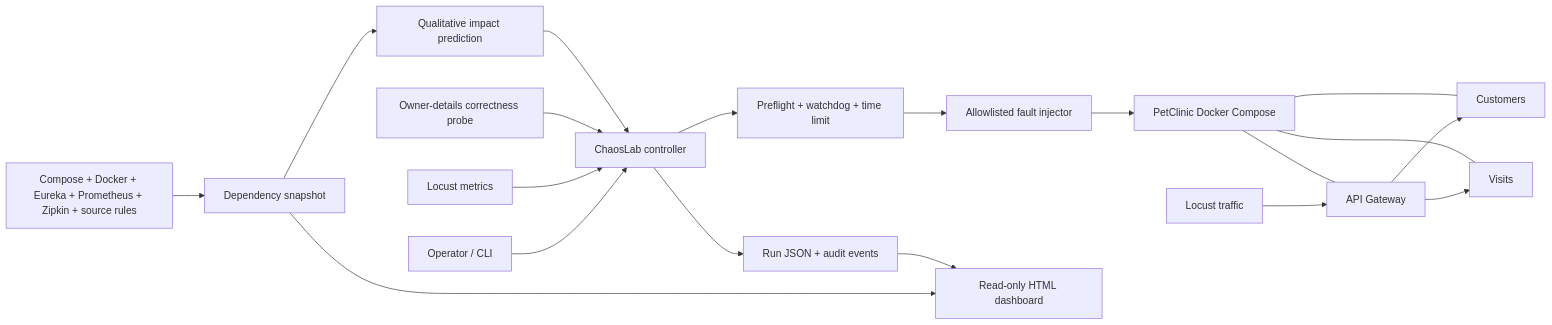
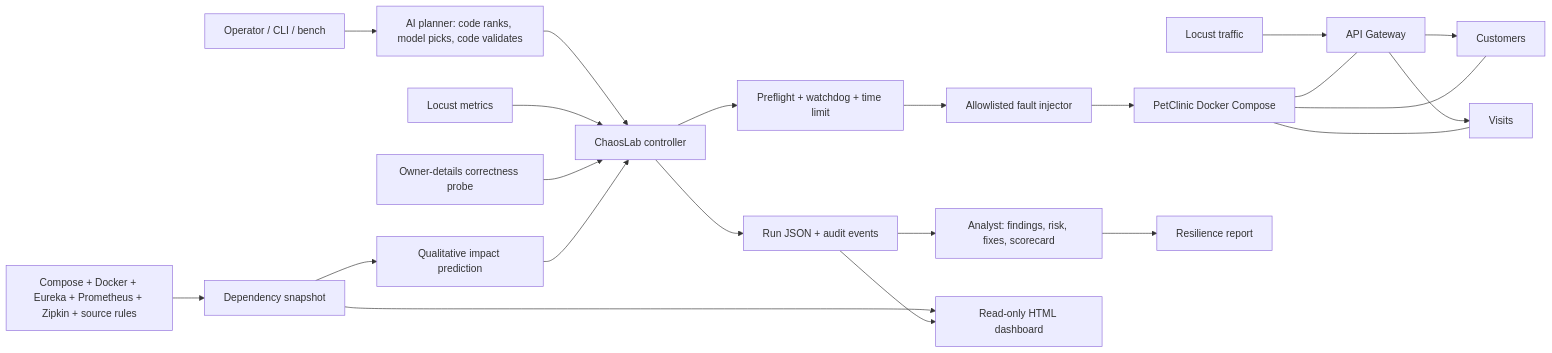
The diagram in docs/architecture.md (manan28025/chaoslab-petclinic), drawn with Mermaid before and after one commit. The commit also changed other lines of this file and 10 other files, not shown here.

First line of the commit message:
added: AI planner, analyst, campaigns and the resilience report

````diff
--- a/docs/architecture.md
+++ b/docs/architecture.md
@@ -5,21 +5,24 @@
 ```mermaid
 flowchart LR
-  Operator[Operator / CLI] --> Controller[ChaosLab controller]
+  Operator[Operator / CLI / bench] --> Planner[AI planner: code ranks, model picks, code validates]
+  Planner --> Controller[ChaosLab controller]
   Controller --> Safety[Preflight + watchdog + time limit]
   Safety --> Injector[Allowlisted fault injector]
   Injector --> Compose[PetClinic Docker Compose]
   Load[Locust traffic] --> Gateway[API Gateway]
   Gateway --> Customers[Customers]
   Gateway --> Visits[Visits]
   Compose --- Gateway
   Compose --- Customers
   Compose --- Visits
   Locust[Locust metrics] --> Controller
   Probe[Owner-details correctness probe] --> Controller
   Controller --> Runs[Run JSON + audit events]
+  Runs --> Analyst[Analyst: findings, risk, fixes, scorecard]
+  Analyst --> Report[Resilience report]
   Discovery[Compose + Docker + Eureka + Prometheus + Zipkin + source rules] --> Map[Dependency snapshot]
   Map --> Prediction[Qualitative impact prediction]
   Prediction --> Controller
   Map --> Dashboard[Read-only HTML dashboard]
   Runs --> Dashboard
 ```
````
